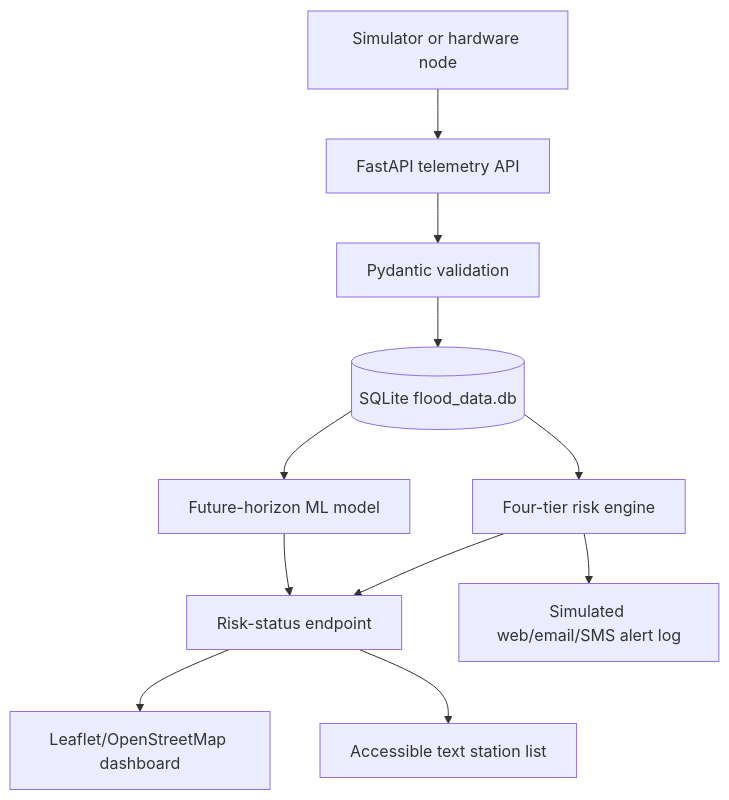
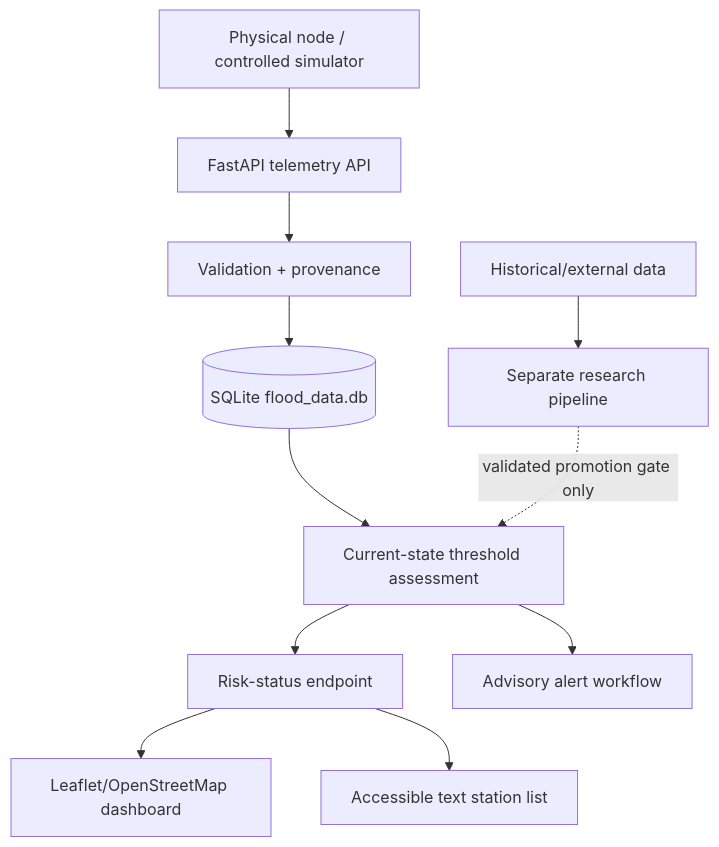
Before and after one commit to AjStyles20/flood-early-warning-system: the diagram in files/docs/chapter_three_implementation_draft.md, drawn with Mermaid. The commit also changed other lines of this file, not shown here.

````diff
--- a/files/docs/chapter_three_implementation_draft.md
+++ b/files/docs/chapter_three_implementation_draft.md
@@ -38,13 +36,13 @@
 ```mermaid
 flowchart TD
-    Sensor[Simulator or hardware node] --> API[FastAPI telemetry API]
-    API --> Validation[Pydantic validation]
+    Sensor[Physical node / controlled simulator] --> API[FastAPI telemetry API]
+    API --> Validation[Validation + provenance]
     Validation --> DB[(SQLite flood_data.db)]
-    DB --> Risk[Four-tier risk engine]
-    DB --> ML[Future-horizon ML model]
+    DB --> Risk[Current-state threshold assessment]
     Risk --> Status[Risk-status endpoint]
-    ML --> Status
     Status --> Dashboard[Leaflet/OpenStreetMap dashboard]
     Status --> TextList[Accessible text station list]
-    Risk --> Alerts[Simulated web/email/SMS alert log]
+    Risk --> Alerts[Advisory alert workflow]
+    External[Historical/external data] --> Research[Separate research pipeline]
+    Research -. validated promotion gate only .-> Risk
 ```
````
